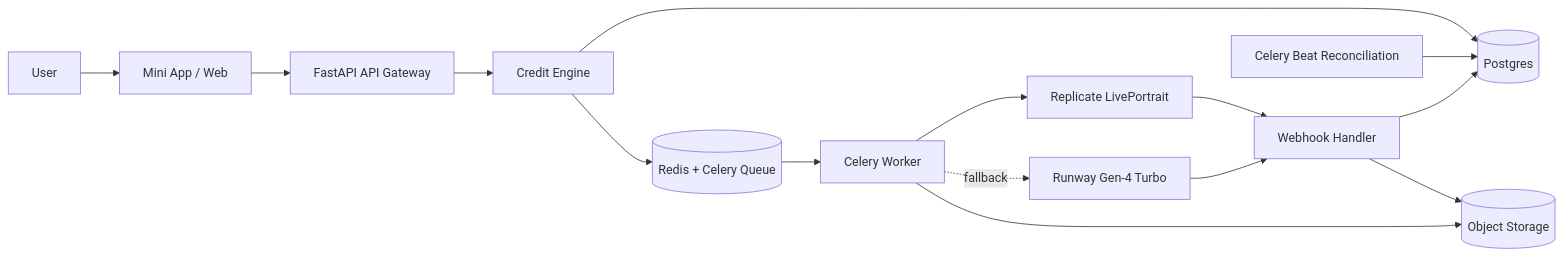
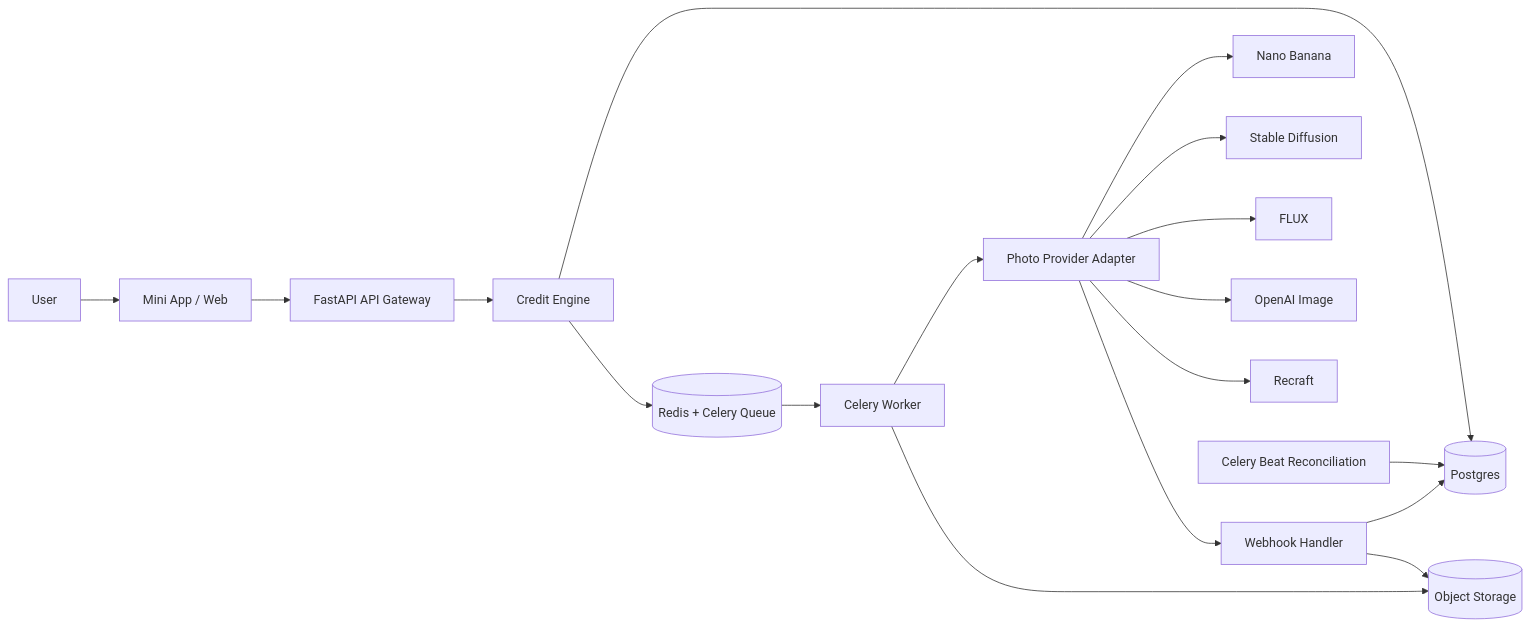
One commit to po-dzin/persona-ai changed the diagram in specs/photo_animation_mvp_spec.md. Above: the diagram before and after it, drawn with Mermaid. The commit also changed other lines of this file and 81 other files, not shown here.

Commit message:
Phase 1 photo-first migration: providers, contracts, API, web flow

````diff
--- a/specs/photo_animation_mvp_spec.md
+++ b/specs/photo_animation_mvp_spec.md
@@ -36,17 +35,20 @@
 ```mermaid
 flowchart LR
   U[User] --> APP[Mini App / Web]
   APP --> API[FastAPI API Gateway]
   API --> CE[Credit Engine]
   CE --> DB[(Postgres)]
   CE --> Q[(Redis + Celery Queue)]
   Q --> W[Celery Worker]
-  W --> RP[Replicate LivePortrait]
-  W -. fallback .-> RW[Runway Gen-4 Turbo]
+  W --> PR[Photo Provider Adapter]
+  PR --> P1[Nano Banana]
+  PR --> P2[Stable Diffusion]
+  PR --> P3[FLUX]
+  PR --> P4[OpenAI Image]
+  PR --> P5[Recraft]
   W --> OBJ[(Object Storage)]
-  RP --> WH[Webhook Handler]
-  RW --> WH
+  PR --> WH[Webhook Handler]
   WH --> DB
   WH --> OBJ
   BEAT[Celery Beat Reconciliation] --> DB
 ```
````
